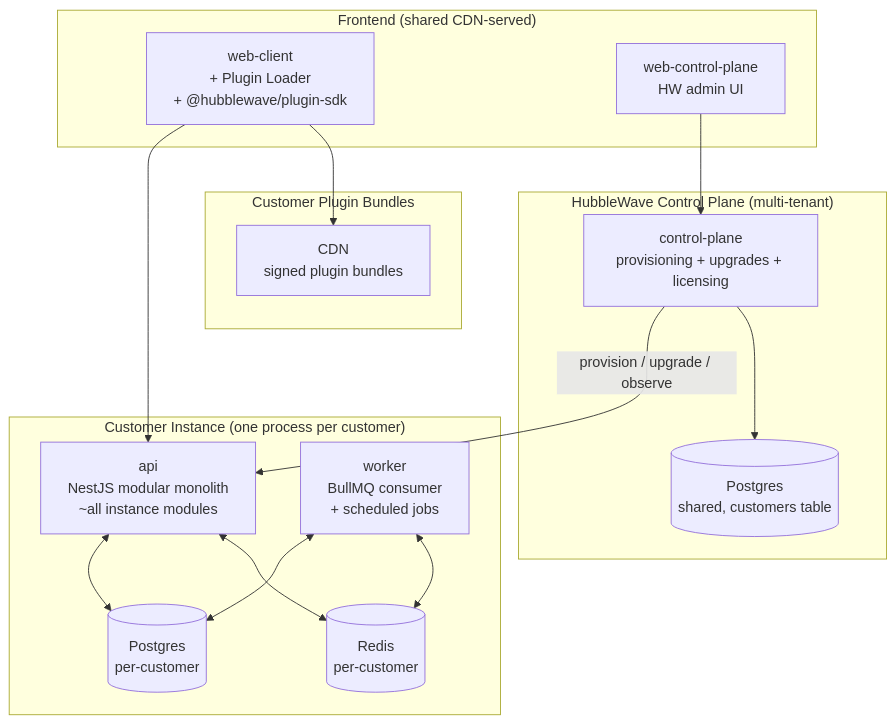
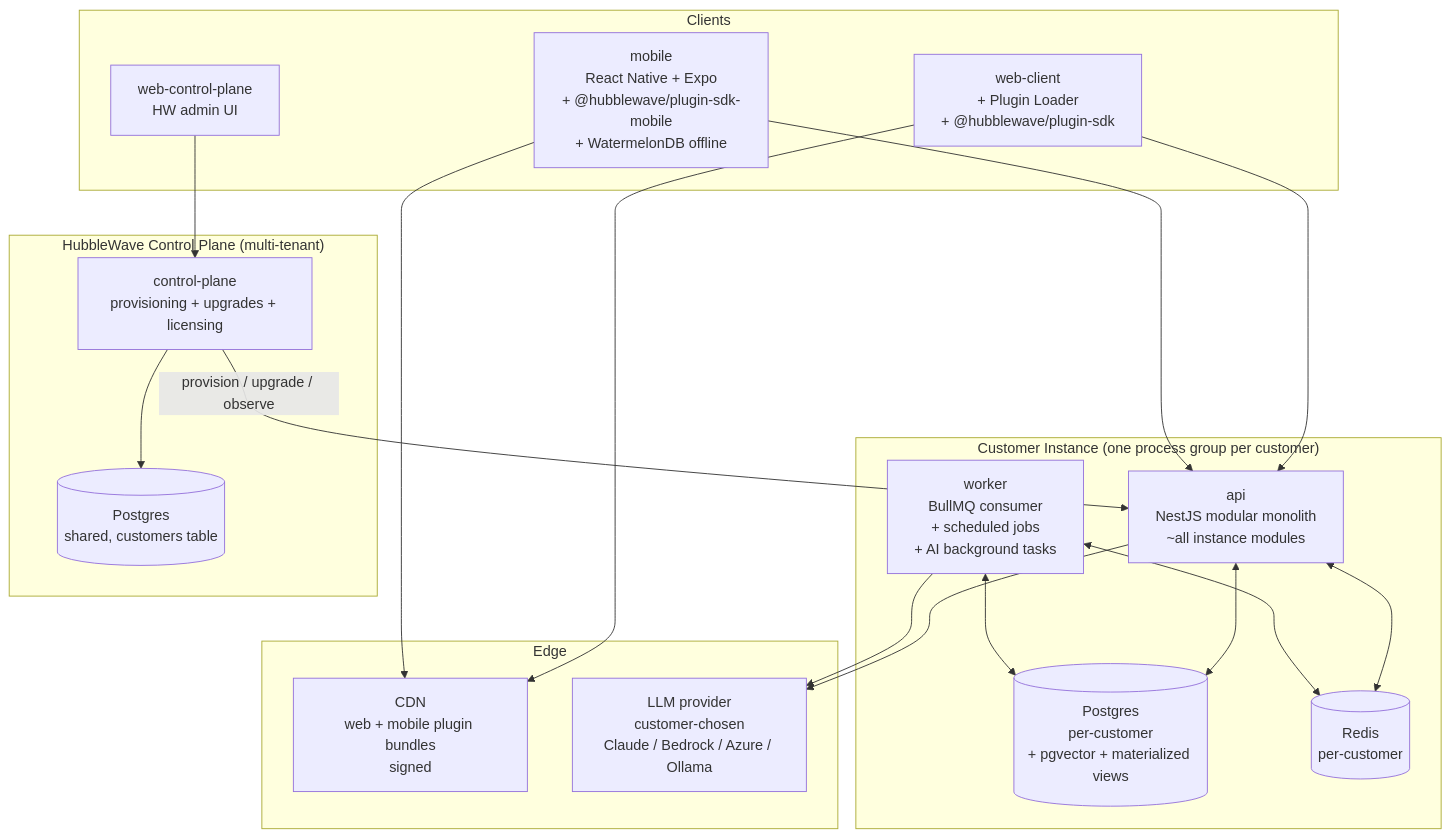
Before and after one commit to adi-hw/hubble_wave_master: the second of 9 diagrams in docs/superpowers/specs/2026-05-09-platform-architecture-design.md, drawn with Mermaid. The commit also changed other lines of this file and 1 other file, not shown here.

First line of the commit message:
docs(spec): platform architecture design v2 — Day-1 mobile + Workspaces + UI Builder + Analytics + rich AI

````diff
--- a/docs/superpowers/specs/2026-05-09-platform-architecture-design.md
+++ b/docs/superpowers/specs/2026-05-09-platform-architecture-design.md
@@ -124,33 +133,39 @@
 ```mermaid
 graph TB
-  subgraph "Frontend (shared CDN-served)"
+  subgraph "Clients"
     WC[web-client<br/>+ Plugin Loader<br/>+ @hubblewave/plugin-sdk]
     WCP[web-control-plane<br/>HW admin UI]
+    MOB[mobile<br/>React Native + Expo<br/>+ @hubblewave/plugin-sdk-mobile<br/>+ WatermelonDB offline]
   end
 
-  subgraph "Customer Instance (one process per customer)"
+  subgraph "Customer Instance (one process group per customer)"
     API[api<br/>NestJS modular monolith<br/>~all instance modules]
-    WK[worker<br/>BullMQ consumer<br/>+ scheduled jobs]
-    PG_I[(Postgres<br/>per-customer)]
+    WK[worker<br/>BullMQ consumer<br/>+ scheduled jobs<br/>+ AI background tasks]
+    PG_I[(Postgres<br/>per-customer<br/>+ pgvector + materialized views)]
     R_I[(Redis<br/>per-customer)]
   end
 
   subgraph "HubbleWave Control Plane (multi-tenant)"
     CP[control-plane<br/>provisioning + upgrades + licensing]
     PG_CP[(Postgres<br/>shared, customers table)]
   end
 
-  subgraph "Customer Plugin Bundles"
-    CDN[CDN<br/>signed plugin bundles]
+  subgraph "Edge"
+    CDN[CDN<br/>web + mobile plugin bundles<br/>signed]
+    LLM[LLM provider<br/>customer-chosen<br/>Claude / Bedrock / Azure / Ollama]
   end
 
   WC --> API
   WC --> CDN
+  MOB --> API
+  MOB --> CDN
   WCP --> CP
   CP -->|provision / upgrade / observe| API
   API <--> PG_I
   API <--> R_I
+  API --> LLM
   WK <--> PG_I
   WK <--> R_I
+  WK --> LLM
   CP --> PG_CP
 ```
````
